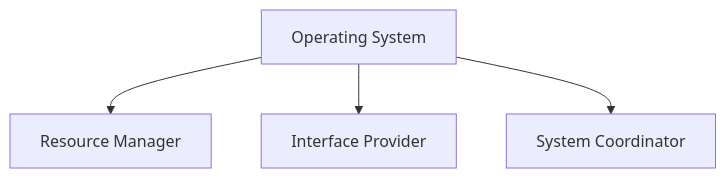
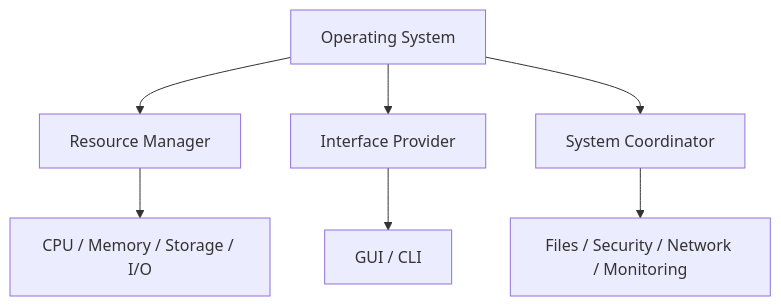
The first of 14 diagrams in Operating Systems & Networking Fundamentals.md (ammaryasser28/Introduction-To-Cyber-Security), drawn with Mermaid before and after one commit. The commit also changed other lines of this file, not shown here.

Commit message:
Update Operating Systems & Networking Fundamentals.md

````diff
--- a/Operating Systems & Networking Fundamentals.md
+++ b/Operating Systems & Networking Fundamentals.md
@@ -33,7 +38,10 @@
 ```mermaid
 graph TD
-    OS[Operating System]
-    OS --> A[Resource Manager]
-    OS --> B[Interface Provider]
-    OS --> C[System Coordinator]
+    OS["Operating System"]
+    OS --> A["Resource Manager"]
+    OS --> B["Interface Provider"]
+    OS --> C["System Coordinator"]
+    A --> A1["CPU / Memory / Storage / I/O"]
+    B --> B1["GUI / CLI"]
+    C --> C1["Files / Security / Network / Monitoring"]
 ```
````
